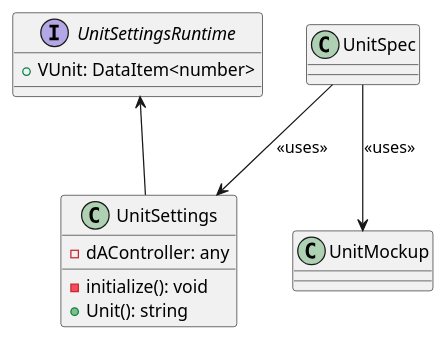
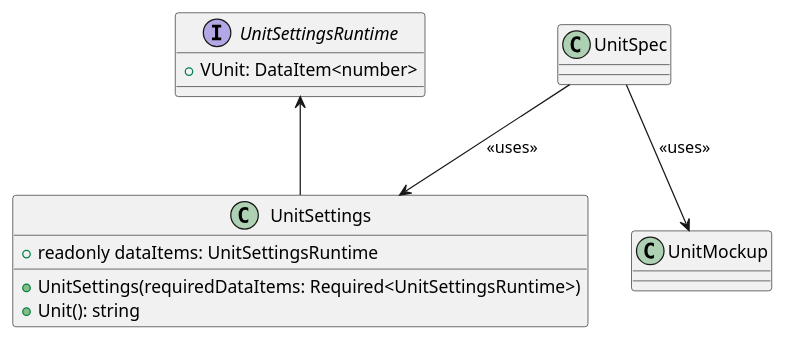
One commit to p2o-lab/polaris-backend changed the diagram in src/modularPlantManager/pea/dataAssembly/baseFunction/unitSettings/UnitSettings.puml. Above: the diagram before and after it, drawn with PlantUML. The commit also changed 12 other files, not shown here.

```diff
--- a/src/modularPlantManager/pea/dataAssembly/baseFunction/unitSettings/UnitSettings.puml
+++ b/src/modularPlantManager/pea/dataAssembly/baseFunction/unitSettings/UnitSettings.puml
@@ -26,17 +26,17 @@
 @startuml
 'https://plantuml.com/class-diagram
 
 interface UnitSettingsRuntime{
     + VUnit: DataItem<number>
 }
 
 class UnitSettings{
-    - dAController: any
-    - initialize(): void
+    + readonly dataItems: UnitSettingsRuntime
+    + UnitSettings(requiredDataItems: Required<UnitSettingsRuntime>)
     + Unit(): string
 }
 
 UnitSettingsRuntime <-- UnitSettings
 UnitSpec --> UnitSettings : <<uses>>
 UnitSpec --> UnitMockup : <<uses>>
 @enduml
```
